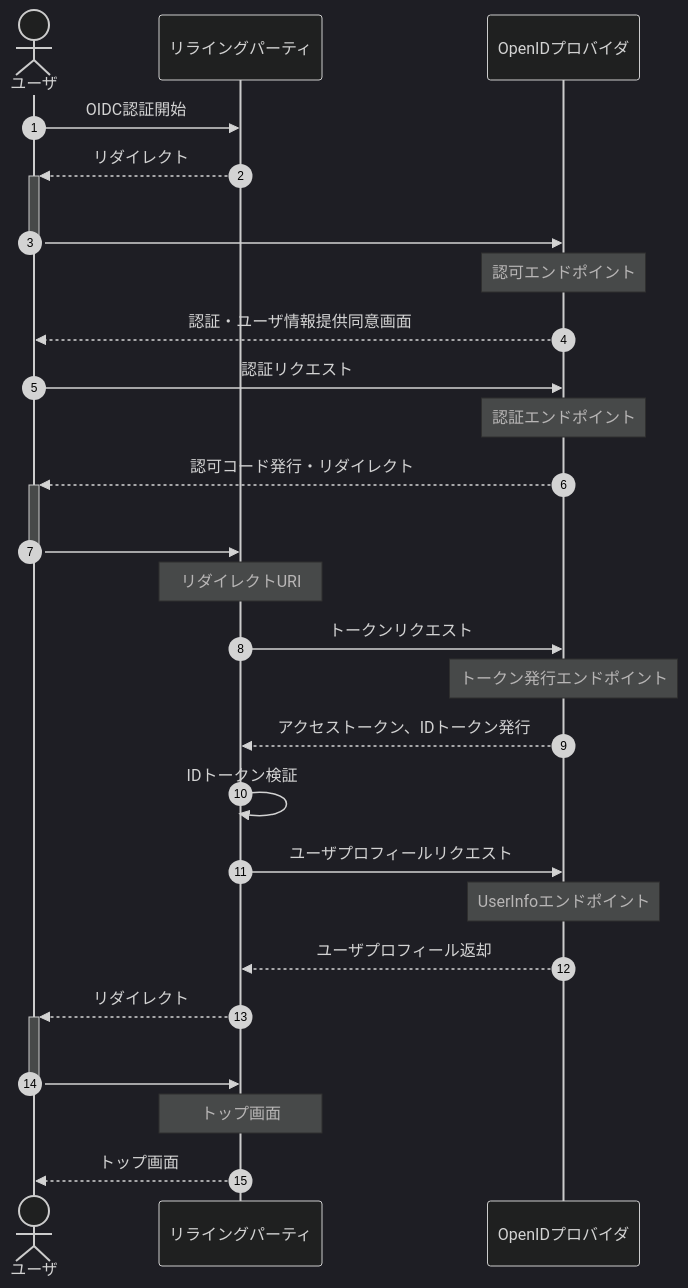
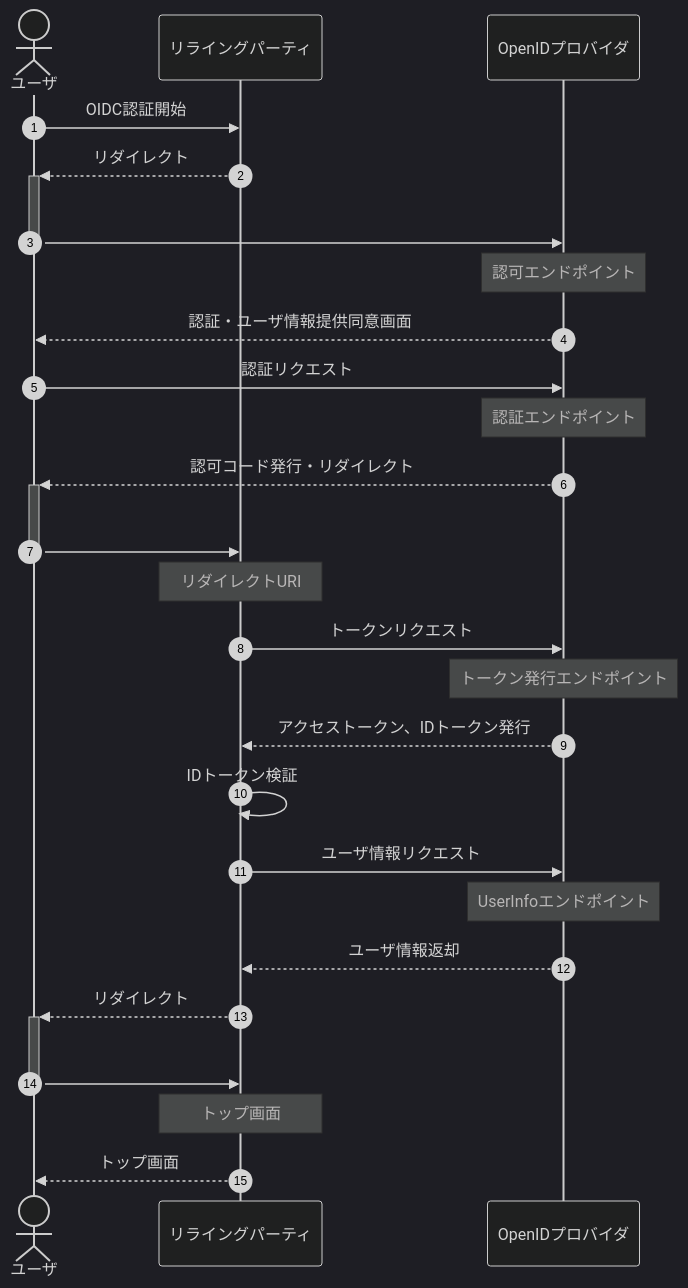
The diagram in docs/business-sequence/README.md (nob-islan/nob-openid-connect), drawn with Mermaid before and after one commit. The commit also changed 3 other files, not shown here.

````diff
--- a/docs/business-sequence/README.md
+++ b/docs/business-sequence/README.md
@@ -3,30 +3,30 @@
 ```mermaid
 %%{init:{'theme':'dark'}}%%
 sequenceDiagram
 autonumber
     actor user as ユーザ
     participant relying_party as リライングパーティ
     participant oid_provider as OpenIDプロバイダ
 
     user->>relying_party: OIDC認証開始
     relying_party-->>+user: リダイレクト
     user->>-oid_provider: <br>
     Note over oid_provider: 認可エンドポイント
     oid_provider-->>user: 認証・ユーザ情報提供同意画面
     user->>oid_provider: 認証リクエスト
     Note over oid_provider: 認証エンドポイント
     oid_provider-->>+user: 認可コード発行・リダイレクト
     user->>-relying_party: <br>
     Note over relying_party: リダイレクトURI
     relying_party->>oid_provider: トークンリクエスト
     Note over oid_provider: トークン発行エンドポイント
     oid_provider-->>relying_party: アクセストークン、IDトークン発行
     relying_party->>relying_party: IDトークン検証
-    relying_party->>oid_provider: ユーザプロフィールリクエスト
+    relying_party->>oid_provider: ユーザ情報リクエスト
     Note over oid_provider: UserInfoエンドポイント
-    oid_provider-->>relying_party: ユーザプロフィール返却
+    oid_provider-->>relying_party: ユーザ情報返却
     relying_party-->>+user: リダイレクト
     user->>-relying_party: <br>
     Note over relying_party: トップ画面
     relying_party-->>user: トップ画面
 ```
````
